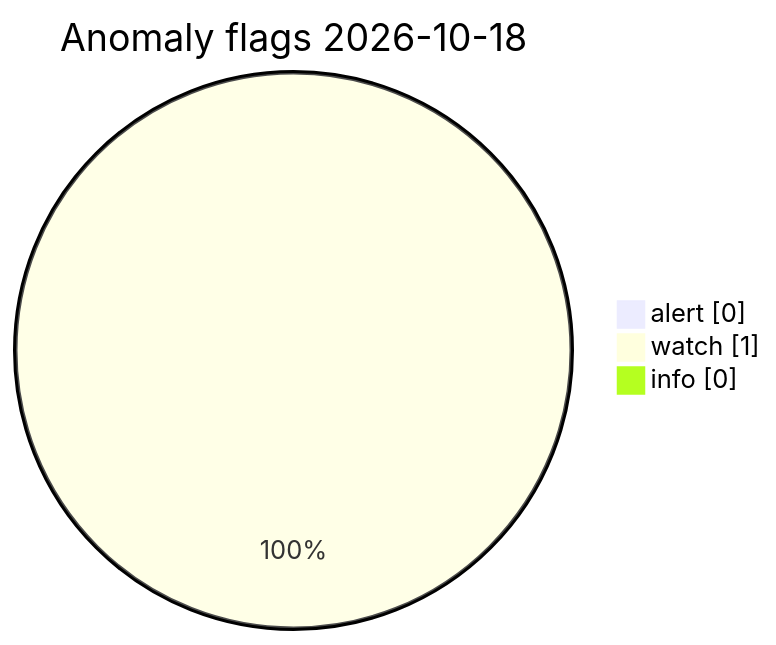
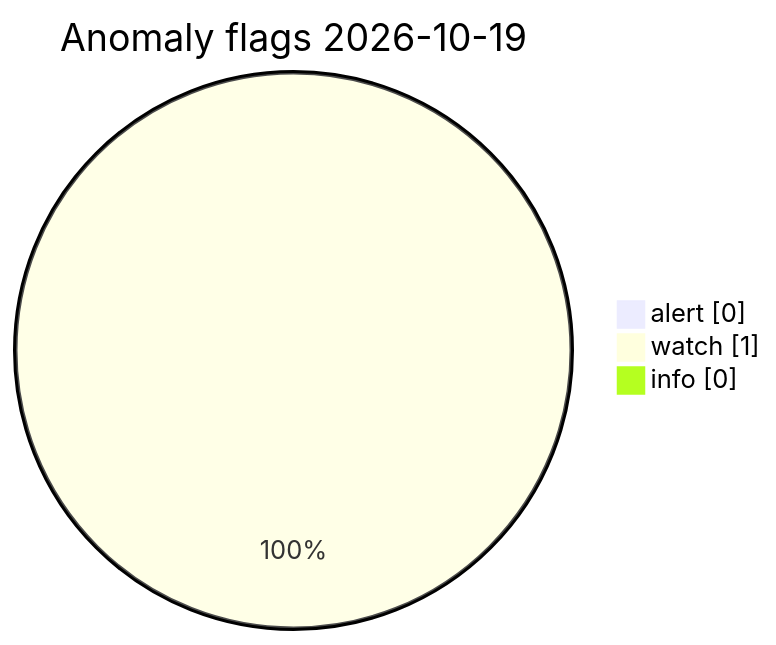
The diagram in visuals/latest/CHARTS.md (Midwest-Stratospheric/Unified-Open-Global-Weather), drawn with Mermaid before and after one commit. The commit also changed other lines of this file and 23 other files, not shown here.

Commit message:
data(visuals): automated charts 2026-10-19T10:26Z

````diff
--- a/visuals/latest/CHARTS.md
+++ b/visuals/latest/CHARTS.md
@@ -73,7 +73,7 @@
 ```mermaid
 pie showData
-  title Anomaly flags 2026-10-18
+  title Anomaly flags 2026-10-19
   "alert" : 0
   "watch" : 1
   "info" : 0
 ```
````
